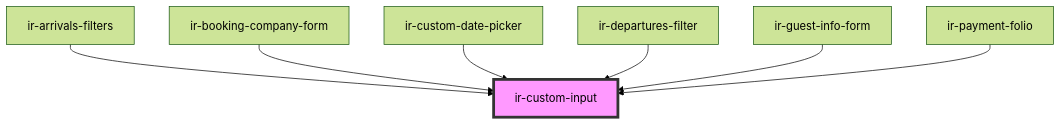
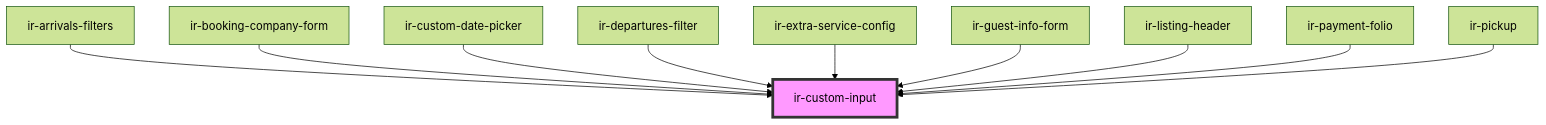
Before and after one commit to David1Chowaifaty/modified-ir-webcmp: the diagram in src/components/ui/ir-custom-input/readme.md, drawn with Mermaid (forest theme). The commit also changed other lines of this file and 69 other files, not shown here.

````diff
--- a/src/components/ui/ir-custom-input/readme.md
+++ b/src/components/ui/ir-custom-input/readme.md
@@ -67,10 +70,13 @@
 ```mermaid
 graph TD;
   ir-arrivals-filters --> ir-custom-input
   ir-booking-company-form --> ir-custom-input
   ir-custom-date-picker --> ir-custom-input
   ir-departures-filter --> ir-custom-input
+  ir-extra-service-config --> ir-custom-input
   ir-guest-info-form --> ir-custom-input
+  ir-listing-header --> ir-custom-input
   ir-payment-folio --> ir-custom-input
+  ir-pickup --> ir-custom-input
   style ir-custom-input fill:#f9f,stroke:#333,stroke-width:4px
 ```
````
